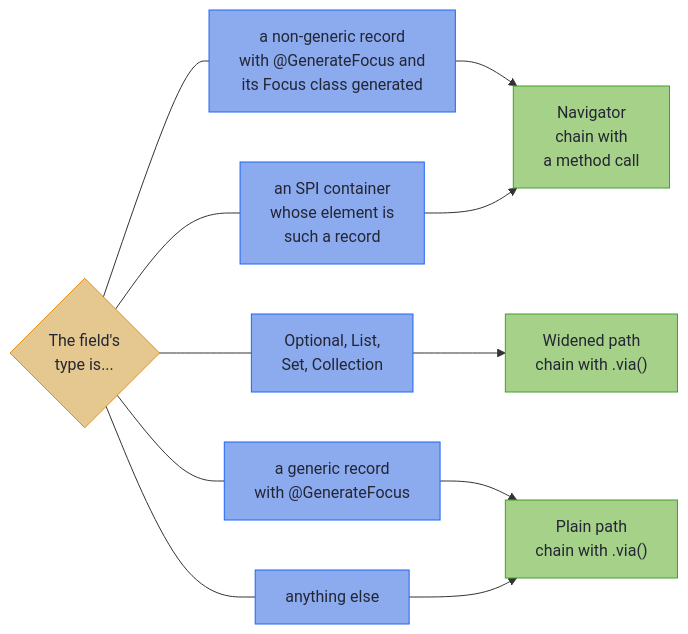
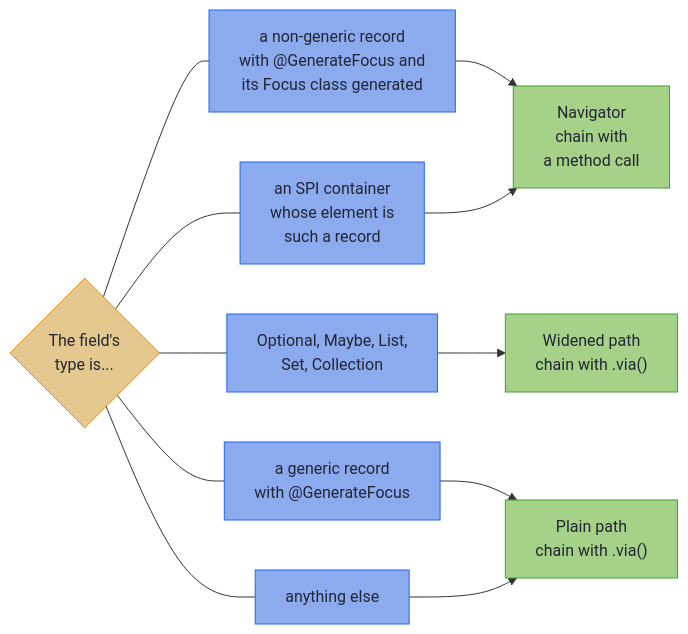
One commit to higher-kinded-j/higher-kinded-j changed the diagram in hkj-book/src/optics/focus_navigation.md. Above: the diagram before and after it, drawn with Mermaid. The commit also changed other lines of this file and 26 other files, not shown here.

First line of the commit message:
@GenerateFocus widens a Maybe through Affines.just(), and the recognised-container table alone owns the expressions it reads (#757) (#1060)

````diff
--- a/hkj-book/src/optics/focus_navigation.md
+++ b/hkj-book/src/optics/focus_navigation.md
@@ -152,23 +152,23 @@
 ```mermaid
 flowchart LR
     accTitle: Which fields get a navigator
-    accDescr: A non-generic record annotated with GenerateFocus, whose Focus class was generated, gets a navigator, and so does an SPI container whose element is such a record. Optional, List, Set and Collection fields are widened to a path chained with via. A generic record, or anything else, keeps a plain path chained with via.
+    accDescr: A non-generic record annotated with GenerateFocus, whose Focus class was generated, gets a navigator, and so does an SPI container whose element is such a record. Optional, Maybe, List, Set and Collection fields are widened to a path chained with via. A generic record, or anything else, keeps a plain path chained with via.
     F{"The field's<br/>type is..."}
     F --- R1["a non-generic record<br/>with @GenerateFocus and<br/>its Focus class generated"]
     F --- R2["an SPI container<br/>whose element is<br/>such a record"]
-    F --- R3["Optional, List,<br/>Set, Collection"]
+    F --- R3["Optional, Maybe, List,<br/>Set, Collection"]
     F --- R4["a generic record<br/>with @GenerateFocus"]
     F --- R5["anything else"]
     R1 --> N["Navigator<br/>chain with<br/>a method call"]
     R2 --> N
     R3 --> W["Widened path<br/>chain with .via()"]
     R4 --> P["Plain path<br/>chain with .via()"]
     R5 --> P
 
     classDef decision fill:#e5c890,stroke:#df8e1d,color:#232634
     classDef step fill:#8caaee,stroke:#1e66f5,color:#232634
     classDef tier fill:#a6d189,stroke:#40a02b,color:#232634
     class F decision
     class R1,R2,R3,R4,R5 step
     class N,W,P tier
 ```
````
